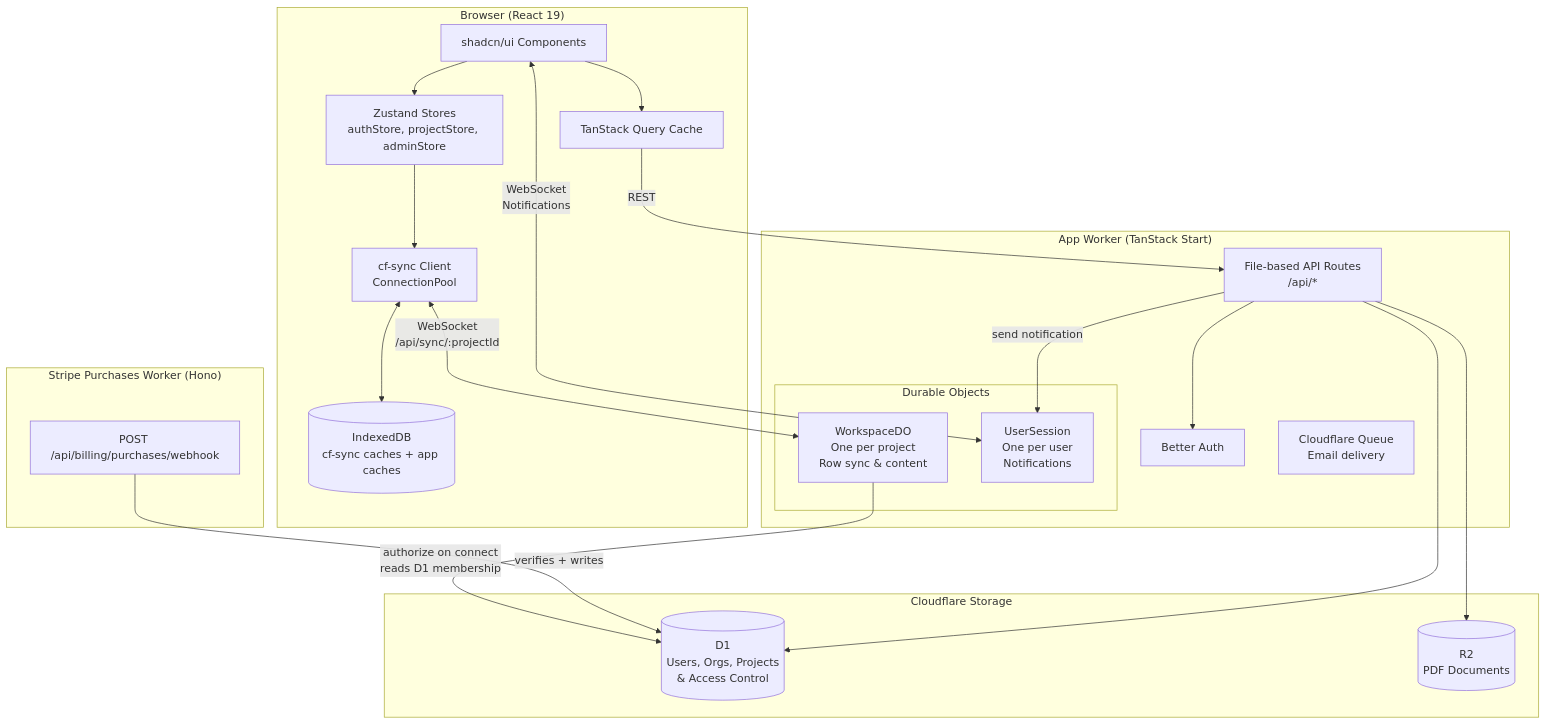
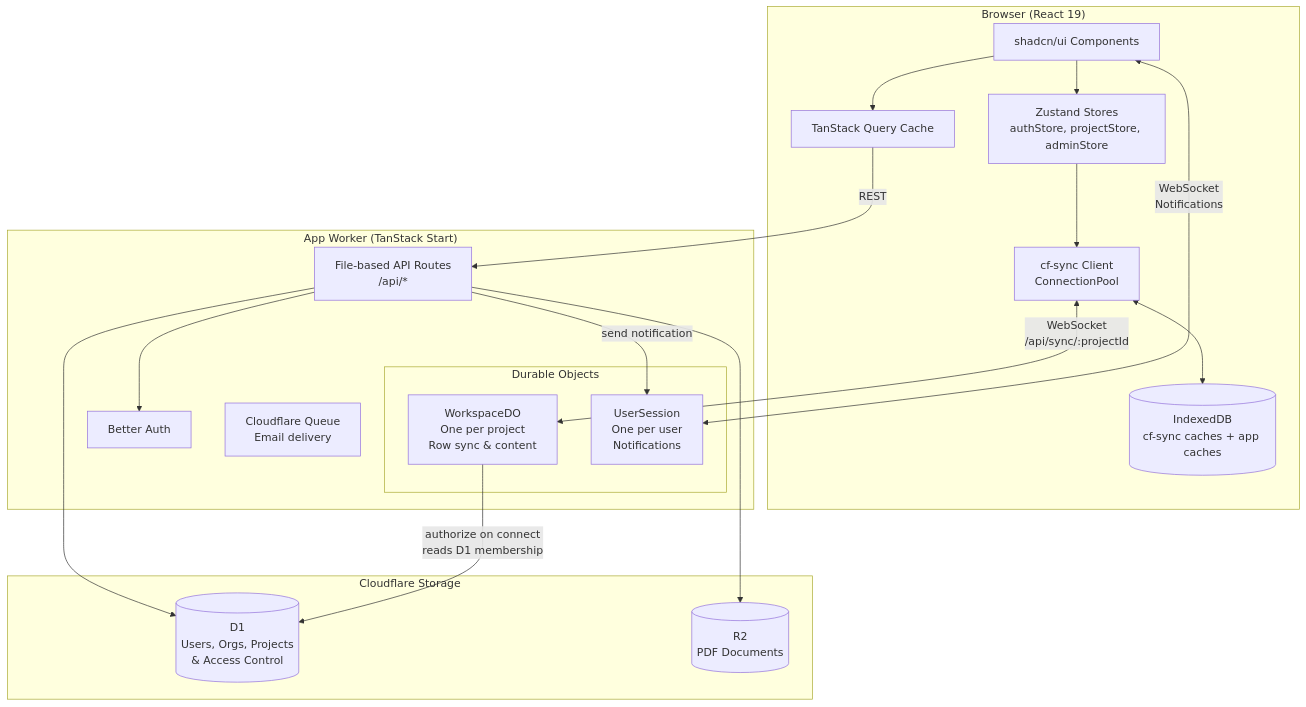
One commit to InfinityBowman/corates changed the diagram in packages/docs/architecture/diagrams/02-system-architecture.md. Above: the diagram before and after it, drawn with Mermaid. The commit also changed other lines of this file and 42 other files, not shown here.

First line of the commit message:
Retire the stripe-purchases worker

````diff
--- a/packages/docs/architecture/diagrams/02-system-architecture.md
+++ b/packages/docs/architecture/diagrams/02-system-architecture.md
@@ -5,44 +5,39 @@
 ```mermaid
 flowchart TB
     subgraph Client["Browser (React 19)"]
         UI[shadcn/ui Components]
         Stores[Zustand Stores<br/>authStore, projectStore, adminStore]
         Query[TanStack Query Cache]
         SyncClient[cf-sync Client<br/>ConnectionPool]
         IDB[(IndexedDB<br/>cf-sync caches + app caches)]
     end
 
     subgraph MainWorker["App Worker (TanStack Start)"]
         Routes[File-based API Routes<br/>/api/*]
         Auth[Better Auth]
 
         subgraph DurableObjects["Durable Objects"]
             WorkspaceDO[WorkspaceDO<br/>One per project<br/>Row sync & content]
             UserSession[UserSession<br/>One per user<br/>Notifications]
         end
         EmailQueue[Cloudflare Queue<br/>Email delivery]
     end
 
-    subgraph StripeWorker["Stripe Purchases Worker (Hono)"]
-        StripeWebhook[POST /api/billing/purchases/webhook]
-    end
-
     subgraph Storage["Cloudflare Storage"]
         D1[(D1<br/>Users, Orgs, Projects<br/>& Access Control)]
         R2[(R2<br/>PDF Documents)]
     end
 
     UI --> Stores
     UI --> Query
     Stores --> SyncClient
     SyncClient <-->|"WebSocket<br/>/api/sync/:projectId"| WorkspaceDO
     SyncClient <--> IDB
     UI <-->|"WebSocket<br/>Notifications"| UserSession
     Query -->|"REST"| Routes
     Routes --> Auth
     Routes --> D1
     Routes --> R2
     Routes -->|"send notification"| UserSession
-    StripeWebhook -->|"verifies + writes"| D1
     WorkspaceDO -->|"authorize on connect<br/>reads D1 membership"| D1
 ```
````
